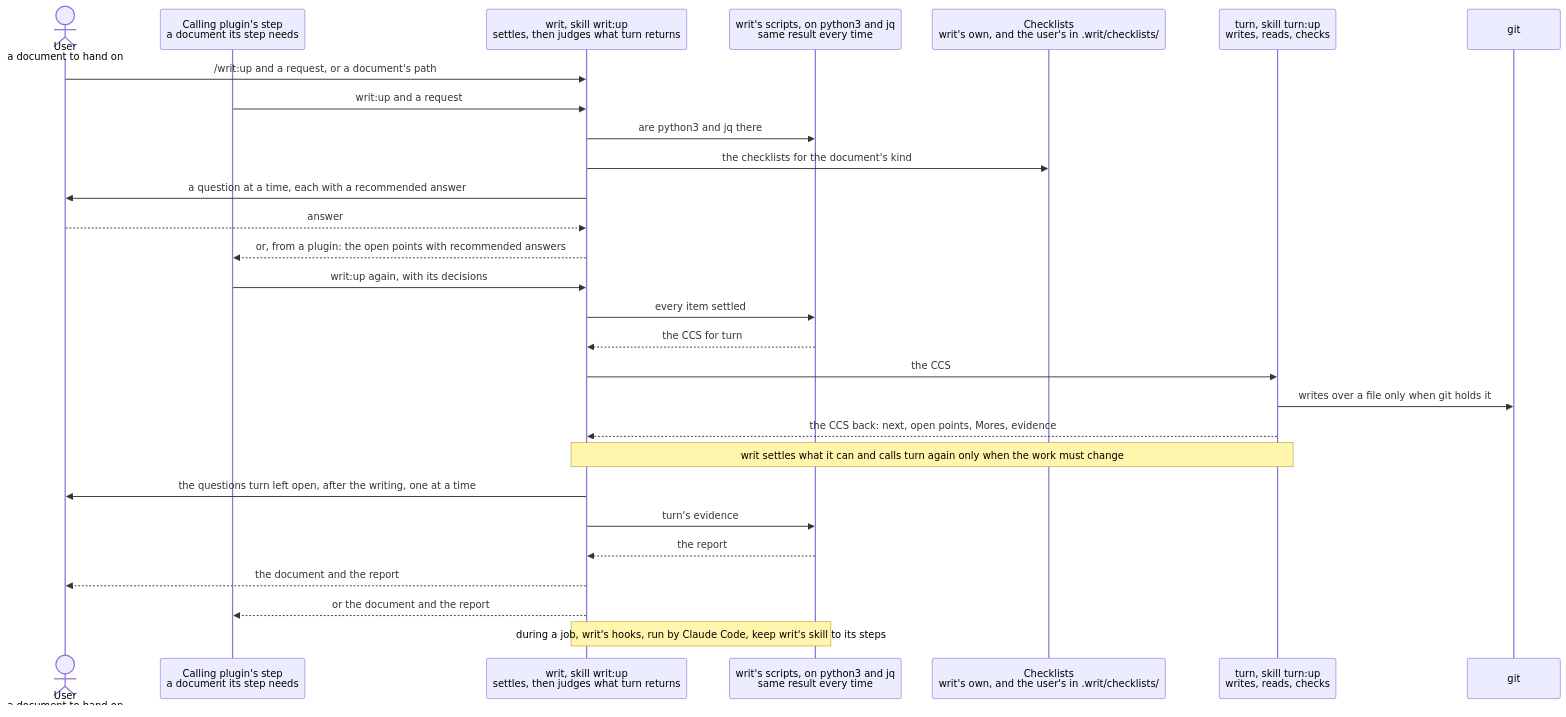
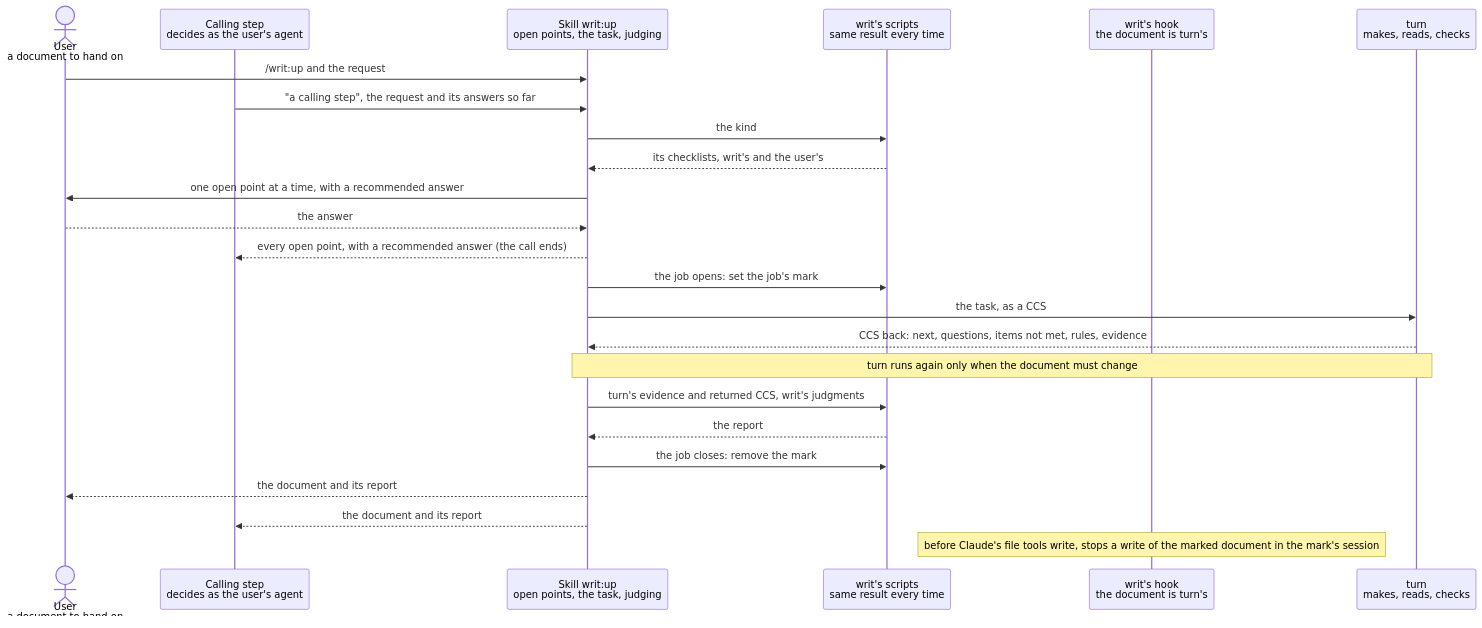
The diagram in dev/writ/design.md (lovaizu/ccpm), drawn with Mermaid before and after one commit. The commit also changed other lines of this file and 1 other file, not shown here.

First line of the commit message:
writ design: made again from nothing as a thin wrapper of turn, through turn

````diff
--- a/dev/writ/design.md
+++ b/dev/writ/design.md
@@ -205,30 +288,26 @@
 ```mermaid
 sequenceDiagram
   actor U as User<br/>a document to hand on
-  participant P as Calling plugin's step<br/>a document its step needs
-  participant W as writ, skill writ:up<br/>settles, then judges what turn returns
-  participant S as writ's scripts, on python3 and jq<br/>same result every time
-  participant K as Checklists<br/>writ's own, and the user's in .writ/checklists/
-  participant T as turn, skill turn:up<br/>writes, reads, checks
-  participant GIT as git
-  U->>W: /writ:up and a request, or a document's path
-  P->>W: writ:up and a request
-  W->>S: are python3 and jq there
-  W->>K: the checklists for the document's kind
-  W->>U: a question at a time, each with a recommended answer
-  U-->>W: answer
-  W-->>P: or, from a plugin: the open points with recommended answers
-  P->>W: writ:up again, with its decisions
-  W->>S: every item settled
-  S-->>W: the CCS for turn
-  W->>T: the CCS
-  T->>GIT: writes over a file only when git holds it
-  T-->>W: the CCS back: next, open points, Mores, evidence
-  Note over W,T: writ settles what it can and calls turn again only when the work must change
-  W->>U: the questions turn left open, after the writing, one at a time
-  W->>S: turn's evidence
+  participant P as Calling step<br/>decides as the user's agent
+  participant W as Skill writ:up<br/>open points, the task, judging
+  participant S as writ's scripts<br/>same result every time
+  participant H as writ's hook<br/>the document is turn's
+  participant T as turn<br/>makes, reads, checks
+  U->>W: /writ:up and the request
+  P->>W: "a calling step", the request and its answers so far
+  W->>S: the kind
+  S-->>W: its checklists, writ's and the user's
+  W->>U: one open point at a time, with a recommended answer
+  U-->>W: the answer
+  W-->>P: every open point, with a recommended answer (the call ends)
+  W->>S: the job opens: set the job's mark
+  W->>T: the task, as a CCS
+  T-->>W: CCS back: next, questions, items not met, rules, evidence
+  Note over W,T: turn runs again only when the document must change
+  W->>S: turn's evidence and returned CCS, writ's judgments
   S-->>W: the report
-  W-->>U: the document and the report
-  W-->>P: or the document and the report
-  Note over W,S: during a job, writ's hooks, run by Claude Code, keep writ's skill to its steps
+  W->>S: the job closes: remove the mark
+  W-->>U: the document and its report
+  W-->>P: the document and its report
+  Note over H: before Claude's file tools write, stops a write of the marked document in the mark's session
 ```
````
